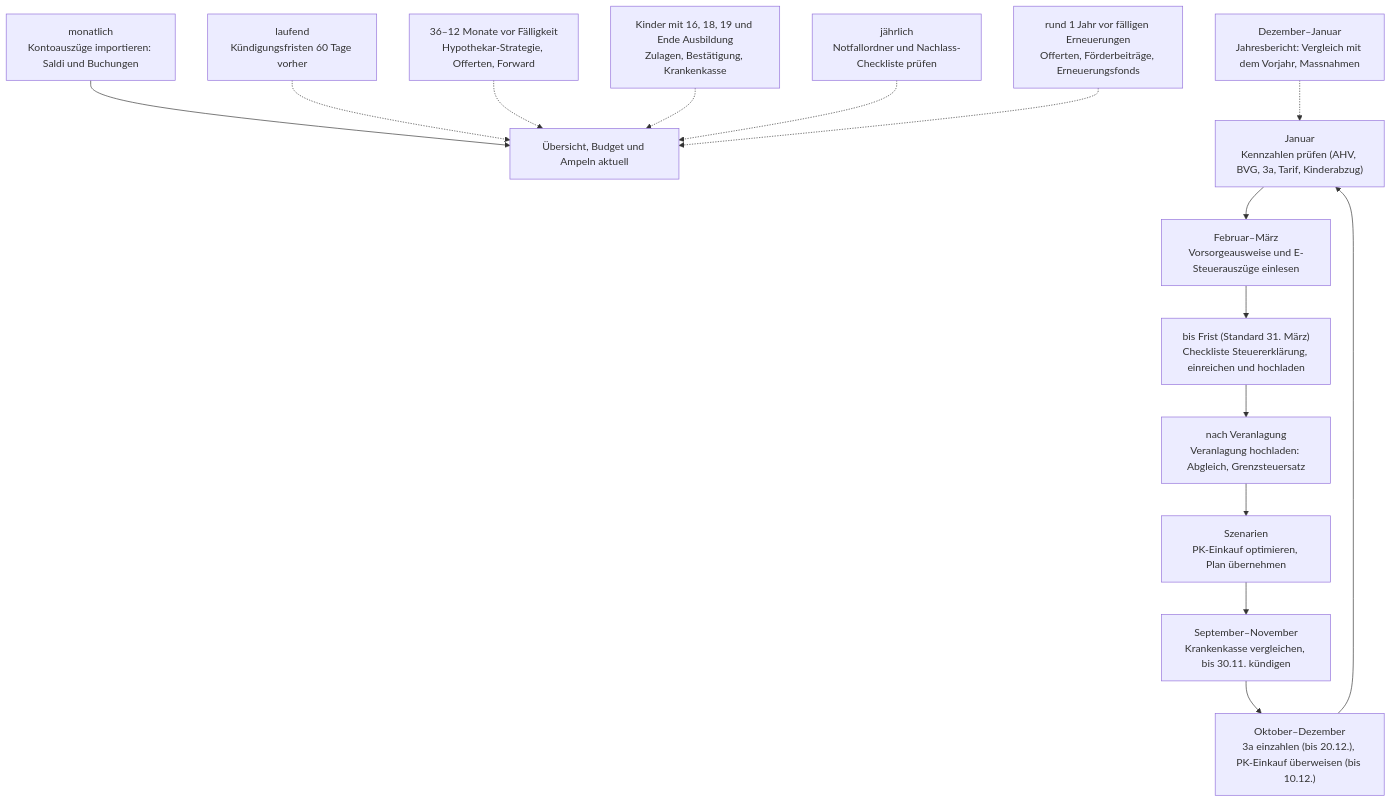
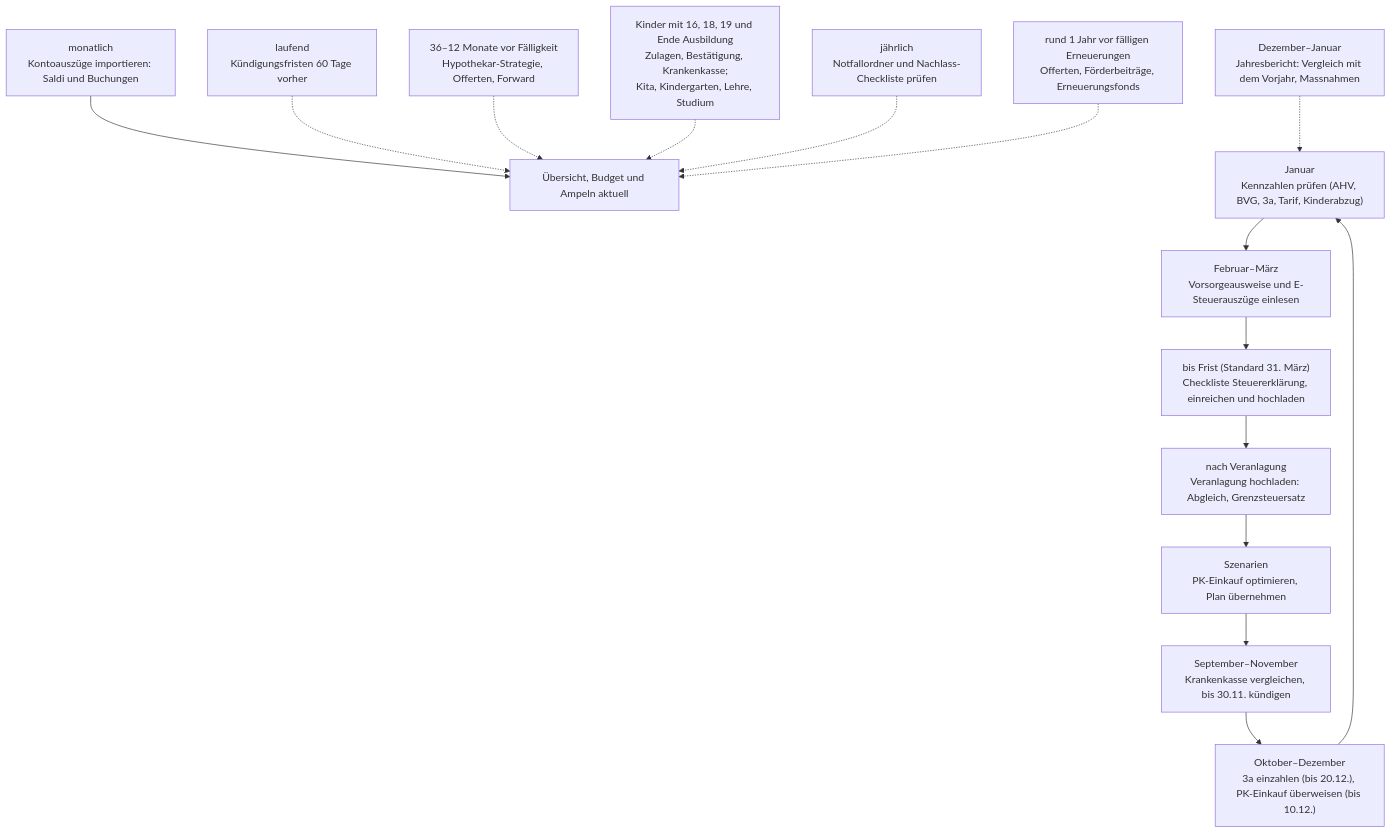
The diagram in docs/prozess-jahr.mmd (khu1985/finanz-ha), drawn with Mermaid before and after one commit. The commit also changed 16 other files, not shown here.

Commit message:
0.40.0: Lebenslauf der Kinder mit Kosten und Vergleichswerten je Phase

```diff
--- a/docs/prozess-jahr.mmd
+++ b/docs/prozess-jahr.mmd
@@ -1,15 +1,15 @@
 flowchart TD
     M["monatlich<br/>Kontoauszüge importieren: Saldi und Buchungen"] --> UE["Übersicht, Budget und Ampeln aktuell"]
     J["Januar<br/>Kennzahlen prüfen (AHV, BVG, 3a, Tarif, Kinderabzug)"] --> F
     F["Februar–März<br/>Vorsorgeausweise und E-Steuerauszüge einlesen"] --> SE
     SE["bis Frist (Standard 31. März)<br/>Checkliste Steuererklärung, einreichen und hochladen"] --> VE
     VE["nach Veranlagung<br/>Veranlagung hochladen: Abgleich, Grenzsteuersatz"] --> SZ
     SZ["Szenarien<br/>PK-Einkauf optimieren, Plan übernehmen"] --> KV
     KV["September–November<br/>Krankenkasse vergleichen, bis 30.11. kündigen"] --> DZ
     DZ["Oktober–Dezember<br/>3a einzahlen (bis 20.12.), PK-Einkauf überweisen (bis 10.12.)"] --> J
     VT["laufend<br/>Kündigungsfristen 60 Tage vorher"] -.-> UE
     HY["36–12 Monate vor Fälligkeit<br/>Hypothekar-Strategie, Offerten, Forward"] -.-> UE
-    KD["Kinder mit 16, 18, 19 und Ende Ausbildung<br/>Zulagen, Bestätigung, Krankenkasse"] -.-> UE
+    KD["Kinder mit 16, 18, 19 und Ende Ausbildung<br/>Zulagen, Bestätigung, Krankenkasse;<br/>Kita, Kindergarten, Lehre, Studium"] -.-> UE
     NO["jährlich<br/>Notfallordner und Nachlass-Checkliste prüfen"] -.-> UE
     JB["Dezember–Januar<br/>Jahresbericht: Vergleich mit dem Vorjahr, Massnahmen"] -.-> J
     LG["rund 1 Jahr vor fälligen Erneuerungen<br/>Offerten, Förderbeiträge, Erneuerungsfonds"] -.-> UE
```
